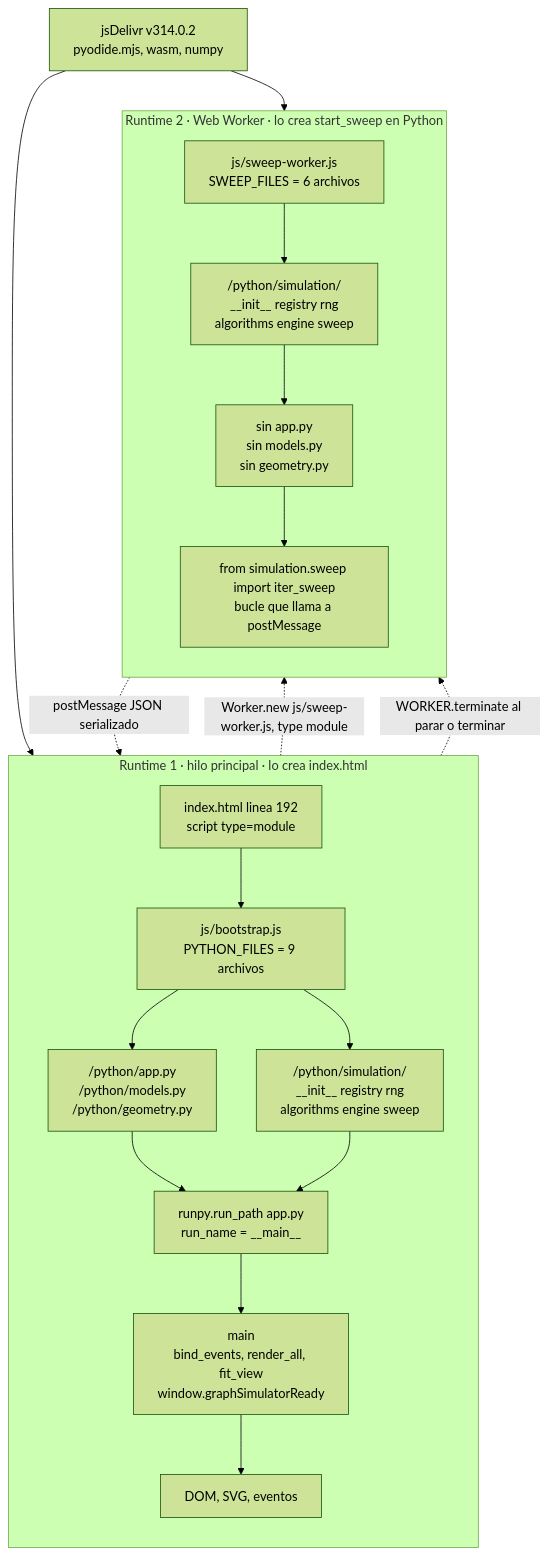
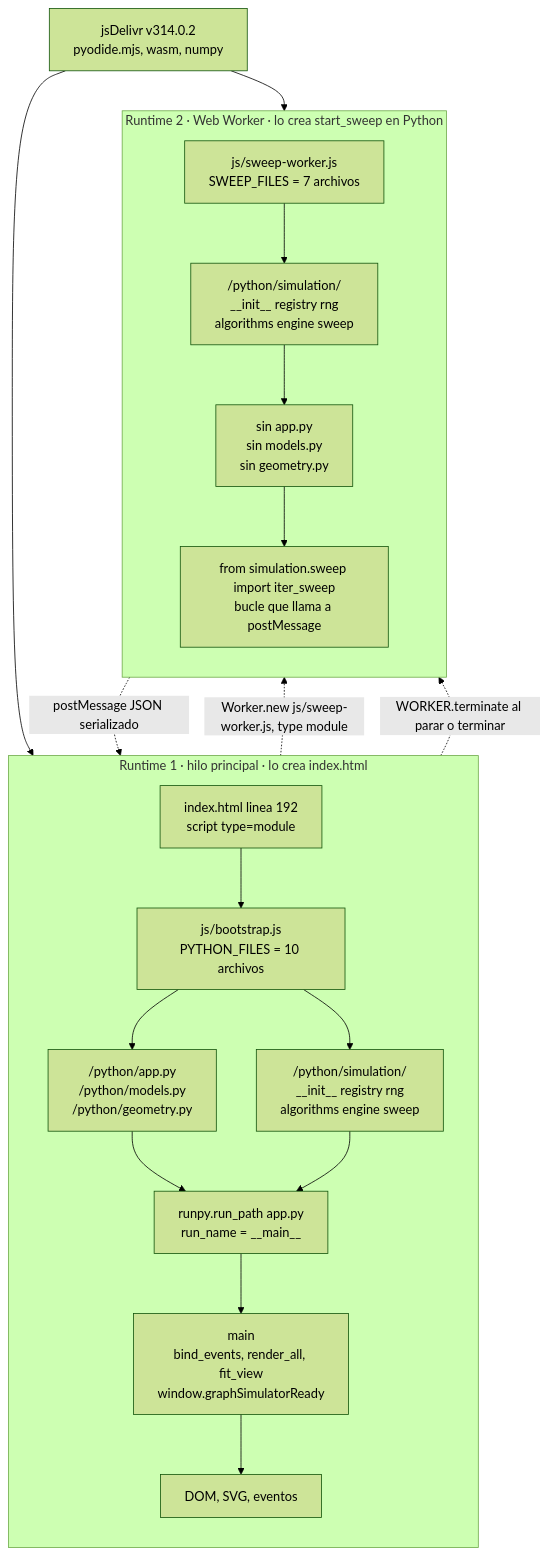
Before and after one commit to Rou-uu/consenso-simulador: the second of 4 diagrams in docs/01-arranque.md, drawn with Mermaid (forest theme). The commit also changed other lines of this file and 19 other files, not shown here.

````diff
--- a/docs/01-arranque.md
+++ b/docs/01-arranque.md
@@ -596,27 +596,27 @@
 ```mermaid
 flowchart TB
     subgraph R1["Runtime 1 · hilo principal · lo crea index.html"]
         direction TB
-        HTML["index.html linea 192<br/>script type=module"] --> BS["js/bootstrap.js<br/>PYTHON_FILES = 9 archivos"]
+        HTML["index.html linea 192<br/>script type=module"] --> BS["js/bootstrap.js<br/>PYTHON_FILES = 10 archivos"]
         BS --> ED["/python/app.py<br/>/python/models.py<br/>/python/geometry.py"]
         BS --> SIM1["/python/simulation/<br/>__init__ registry rng<br/>algorithms engine sweep"]
         ED --> RUN["runpy.run_path app.py<br/>run_name = __main__"]
         SIM1 --> RUN
         RUN --> MAIN["main<br/>bind_events, render_all, fit_view<br/>window.graphSimulatorReady"]
         MAIN --> DOM["DOM, SVG, eventos"]
     end
 
     subgraph R2["Runtime 2 · Web Worker · lo crea start_sweep en Python"]
         direction TB
-        WK["js/sweep-worker.js<br/>SWEEP_FILES = 6 archivos"] --> SIM2["/python/simulation/<br/>__init__ registry rng<br/>algorithms engine sweep"]
+        WK["js/sweep-worker.js<br/>SWEEP_FILES = 7 archivos"] --> SIM2["/python/simulation/<br/>__init__ registry rng<br/>algorithms engine sweep"]
         SIM2 --> NOAPP["sin app.py<br/>sin models.py<br/>sin geometry.py"]
         NOAPP --> ITER["from simulation.sweep import iter_sweep<br/>bucle que llama a postMessage"]
     end
 
     MAIN -. "Worker.new js/sweep-worker.js, type module" .-> WK
     ITER -. "postMessage JSON serializado" .-> MAIN
     MAIN -. "WORKER.terminate al parar o terminar" .-> WK
 
     CDN["jsDelivr v314.0.2<br/>pyodide.mjs, wasm, numpy"] --> BS
     CDN --> WK
 ```
````
